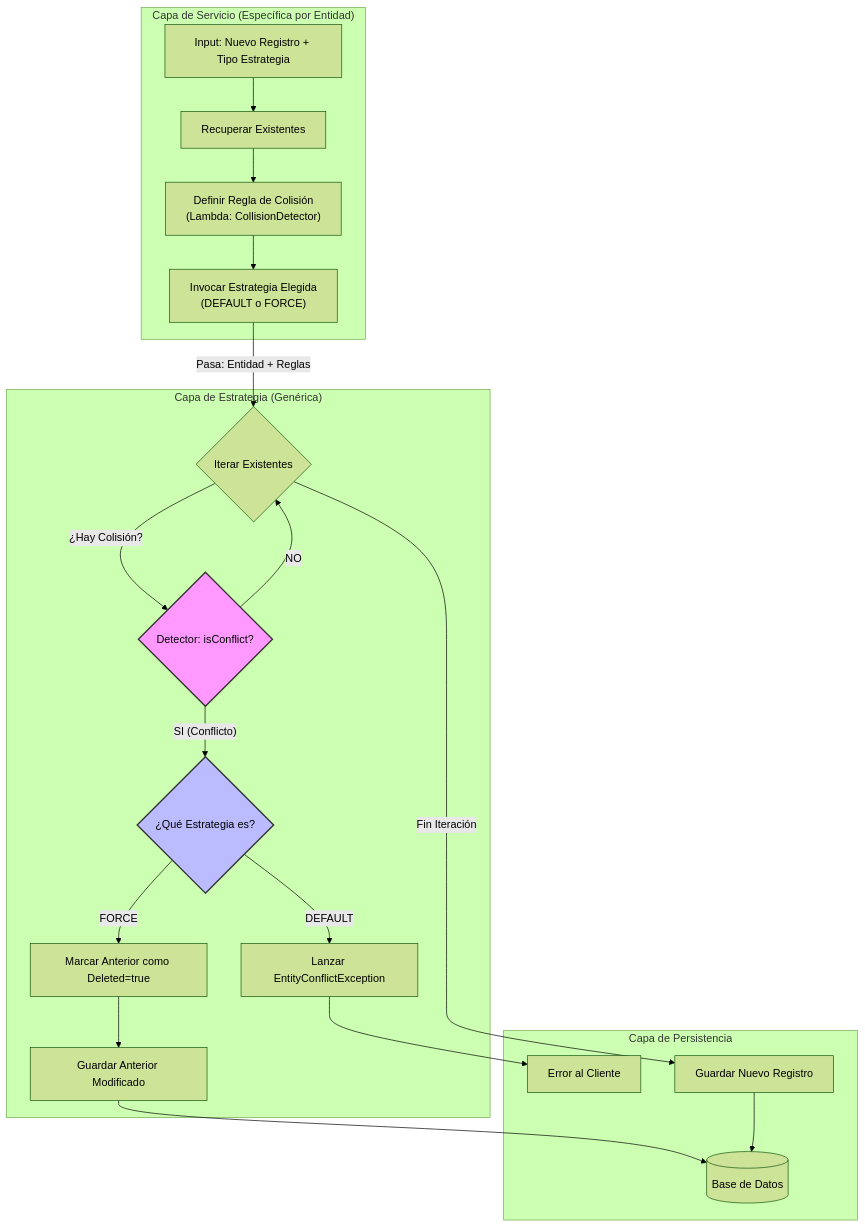
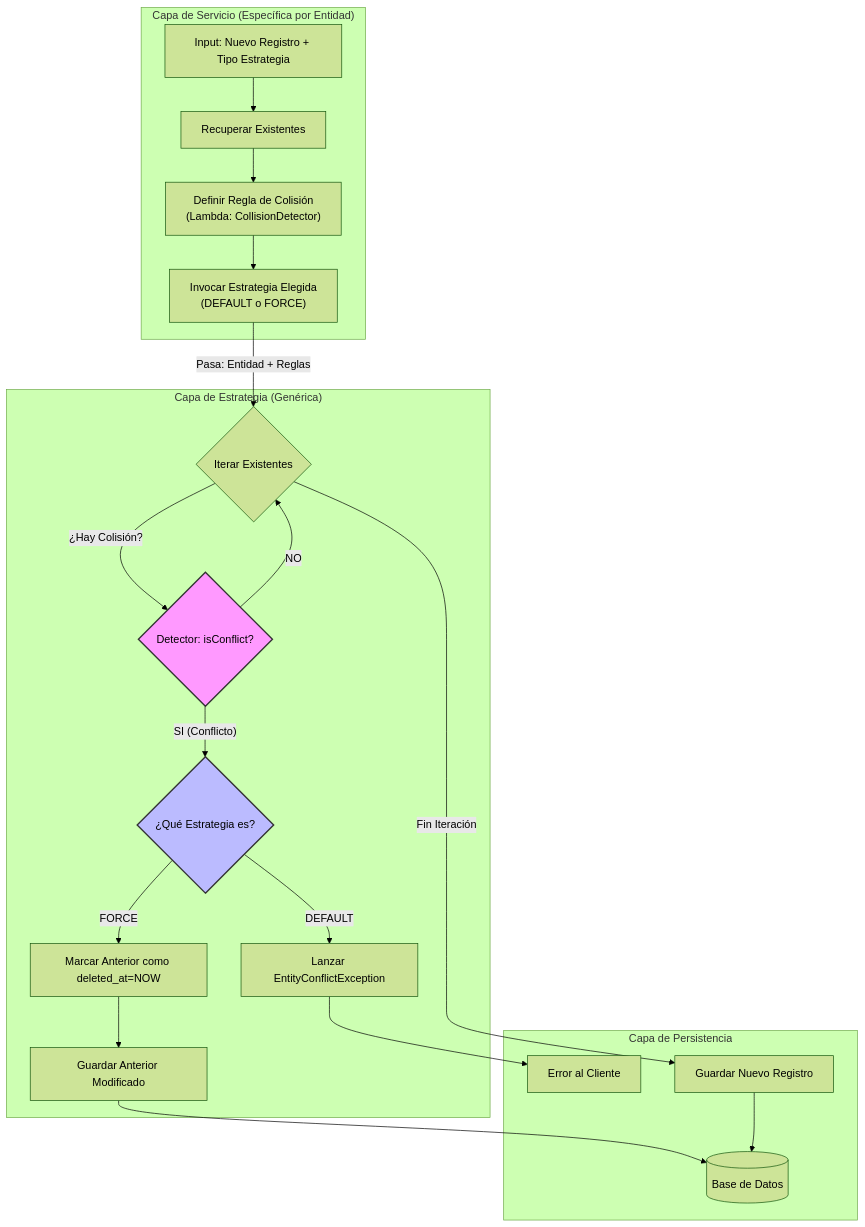
One commit to raulburgosbds/documentos_bds changed the first of 3 diagrams in research/Propuesta_nueva_estrategia_Force_Default/PROPUESTA_NUEVA_ESTRATEGIA_V2.md. Above: the diagram before and after it, drawn with Mermaid (forest theme). The commit also changed other lines of this file, not shown here.

Commit message:
fix: delete field replaced by deleted_at fiel

````diff
--- a/research/Propuesta_nueva_estrategia_Force_Default/PROPUESTA_NUEVA_ESTRATEGIA_V2.md
+++ b/research/Propuesta_nueva_estrategia_Force_Default/PROPUESTA_NUEVA_ESTRATEGIA_V2.md
@@ -67,30 +67,30 @@
 ```mermaid
 graph TD
     subgraph SERVICE_LAYER ["Capa de Servicio (Específica por Entidad)"]
         A["Input: Nuevo Registro + Tipo Estrategia"] --> B["Recuperar Existentes"]
         B --> C["Definir Regla de Colisión<br/>(Lambda: CollisionDetector)"]
         C --> D["Invocar Estrategia Elegida<br/>(DEFAULT o FORCE)"]
     end
 
     subgraph STRATEGY_LAYER ["Capa de Estrategia (Genérica)"]
         D -- "Pasa: Entidad + Reglas" --> E{"Iterar Existentes"}
         E -- "¿Hay Colisión?" --> F{"Detector: isConflict?"}
         F -- "NO" --> E
         
         F -- "SI (Conflicto)" --> G{"¿Qué Estrategia es?"}
         
         G -- "DEFAULT" --> H["Lanzar EntityConflictException"]
-        G -- "FORCE" --> I["Marcar Anterior como Deleted=true"]
+        G -- "FORCE" --> I["Marcar Anterior como deleted_at=NOW"]
         I --> J["Guardar Anterior Modificado"]
     end
 
     subgraph PERSISTENCE ["Capa de Persistencia"]
         J --> K[("Base de Datos")]
         H --> L["Error al Cliente"]
         E -- "Fin Iteración" --> M["Guardar Nuevo Registro"]
         M --> K
     end
 
     style F fill:#f9f,stroke:#333,stroke-width:2px,color:black
     style G fill:#bbf,stroke:#333,stroke-width:2px,color:black
 ```
````
